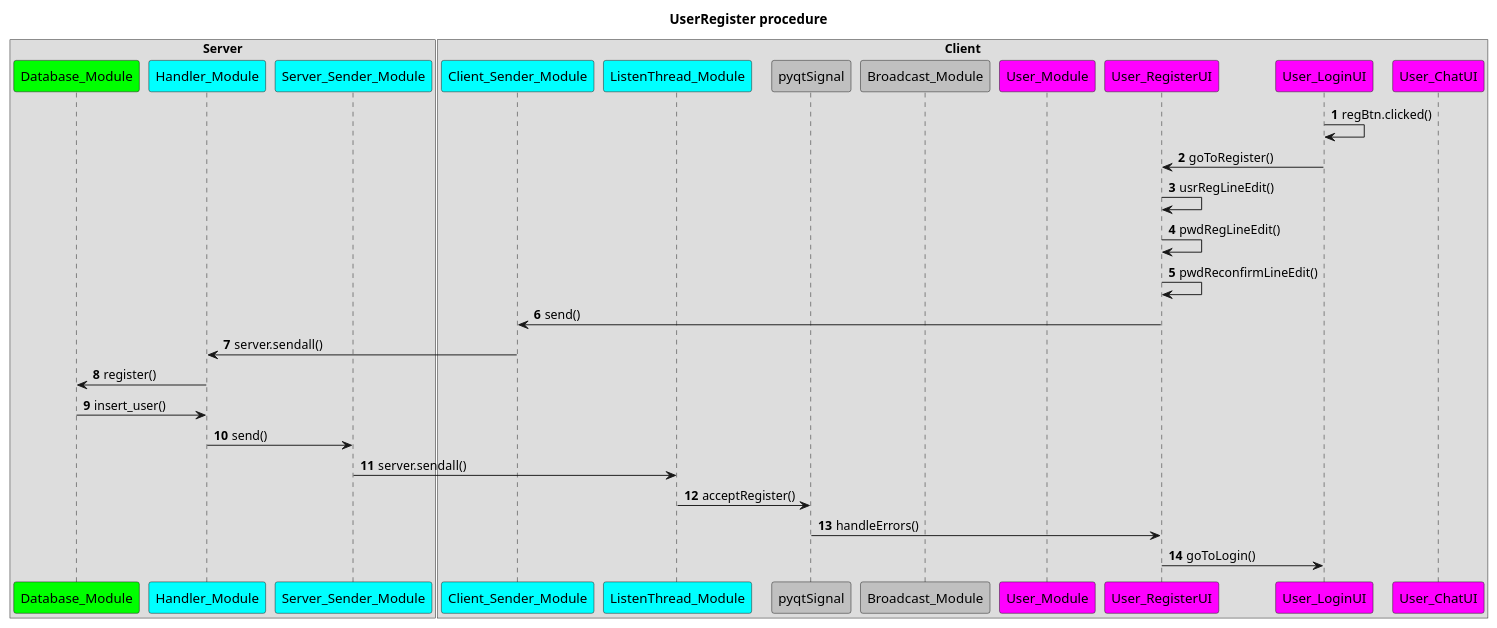
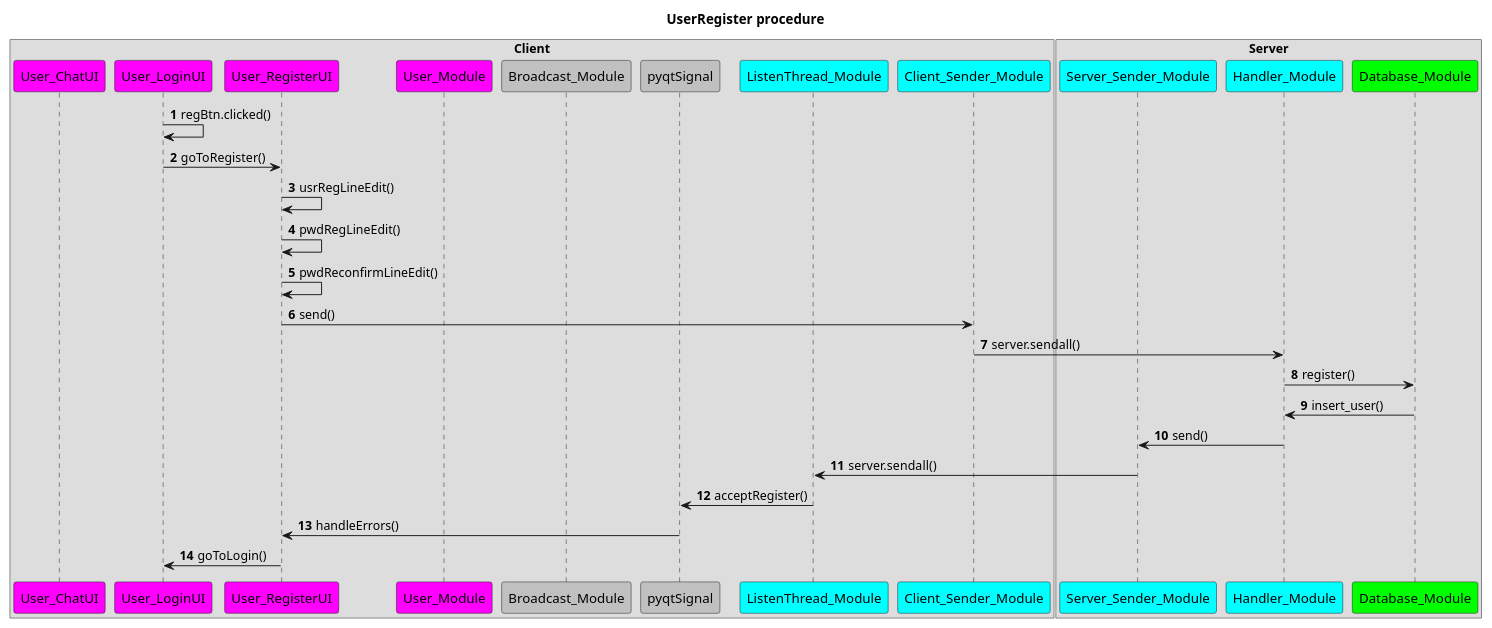
The diagram in docs/UserRegister.wsd (Jadeiin/KunKun), drawn with PlantUML before and after one commit. The commit also changed other lines of this file and 10 other files, not shown here.

Commit message:
Refactor participant order in UML diagrams for various workflows

```diff
--- a/docs/UserRegister.wsd
+++ b/docs/UserRegister.wsd
@@ -1,44 +1,44 @@
 @startuml
 title UserRegister procedure
 'author Jadeiin
 'version 1.0.0
 skinparam participant {
 	FontSize 14
 	handwritten true
 }
 
+box "Client"
+participant User_ChatUI #Magenta
+participant User_LoginUI #Magenta
+participant User_RegisterUI #Magenta
+participant User_Module #Magenta
+participant Broadcast_Module #Silver
+participant pyqtSignal #Silver
+participant ListenThread_Module #Cyan
+participant Client_Sender_Module #Cyan
+end box
 box "Server"
+participant Server_Sender_Module #Cyan
+participant Handler_Module #Cyan
 participant Database_Module #Lime
-participant Handler_Module #Cyan
-participant Server_Sender_Module #Cyan
-end box
-box "Client"
-participant Client_Sender_Module #Cyan
-participant ListenThread_Module #Cyan
-participant pyqtSignal #Silver
-participant Broadcast_Module #Silver
-participant User_Module #Magenta
-participant User_RegisterUI #Magenta
-participant User_LoginUI #Magenta
-participant User_ChatUI #Magenta
 end box
 
 autonumber
 User_LoginUI -> User_LoginUI : regBtn.clicked()
 User_LoginUI -> User_RegisterUI : goToRegister()
 User_RegisterUI -> User_RegisterUI : usrRegLineEdit()
 User_RegisterUI -> User_RegisterUI : pwdRegLineEdit()
 User_RegisterUI -> User_RegisterUI : pwdReconfirmLineEdit()
 User_RegisterUI -> Client_Sender_Module : send()
 Client_Sender_Module -> Handler_Module : server.sendall()
 
 Handler_Module -> Database_Module : register()
 Database_Module -> Handler_Module : insert_user()
 Handler_Module -> Server_Sender_Module : send()
 Server_Sender_Module -> ListenThread_Module : server.sendall()
 
 ListenThread_Module -> pyqtSignal : acceptRegister()
 pyqtSignal -> User_RegisterUI : handleErrors()
 User_RegisterUI -> User_LoginUI : goToLogin()
 
 @enduml
```
